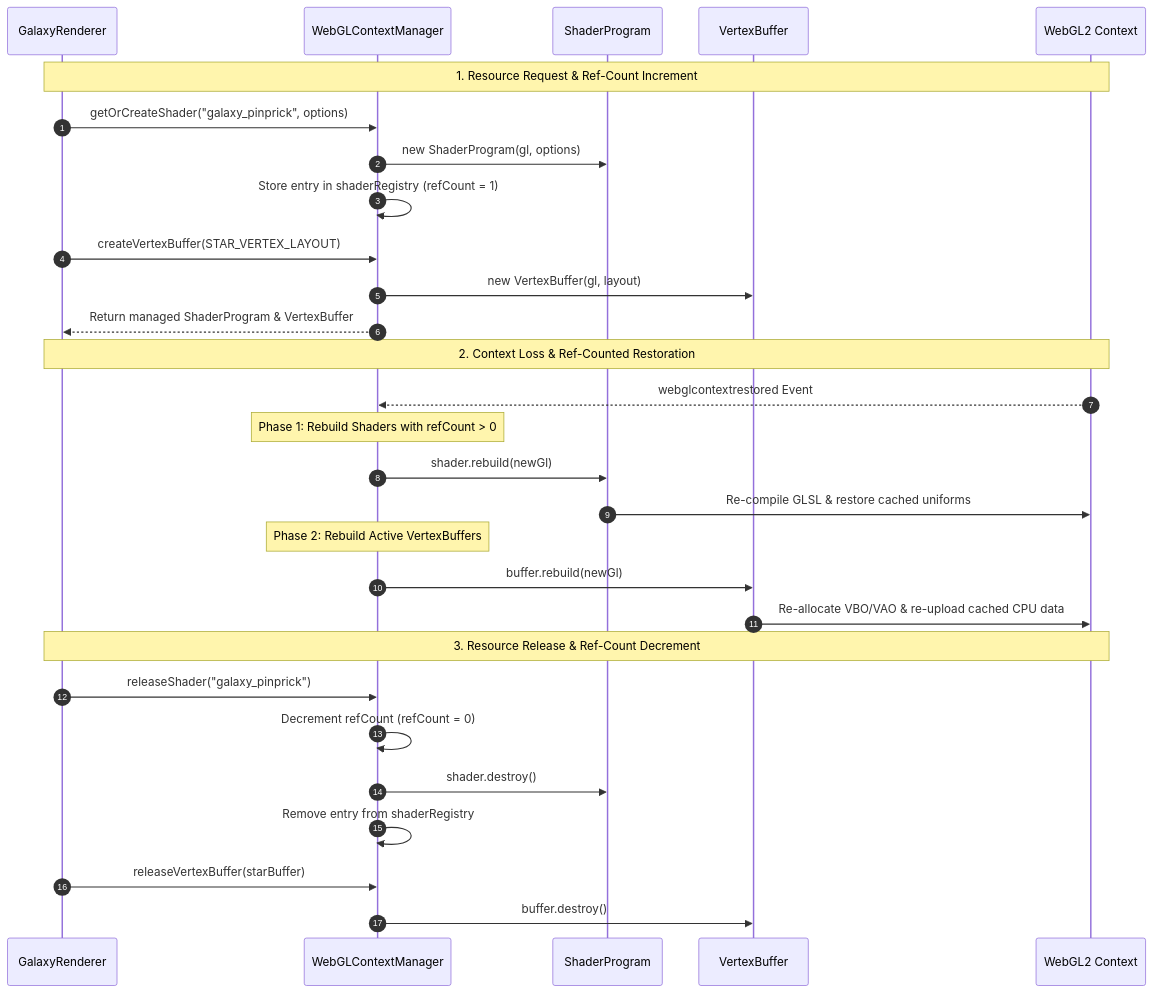
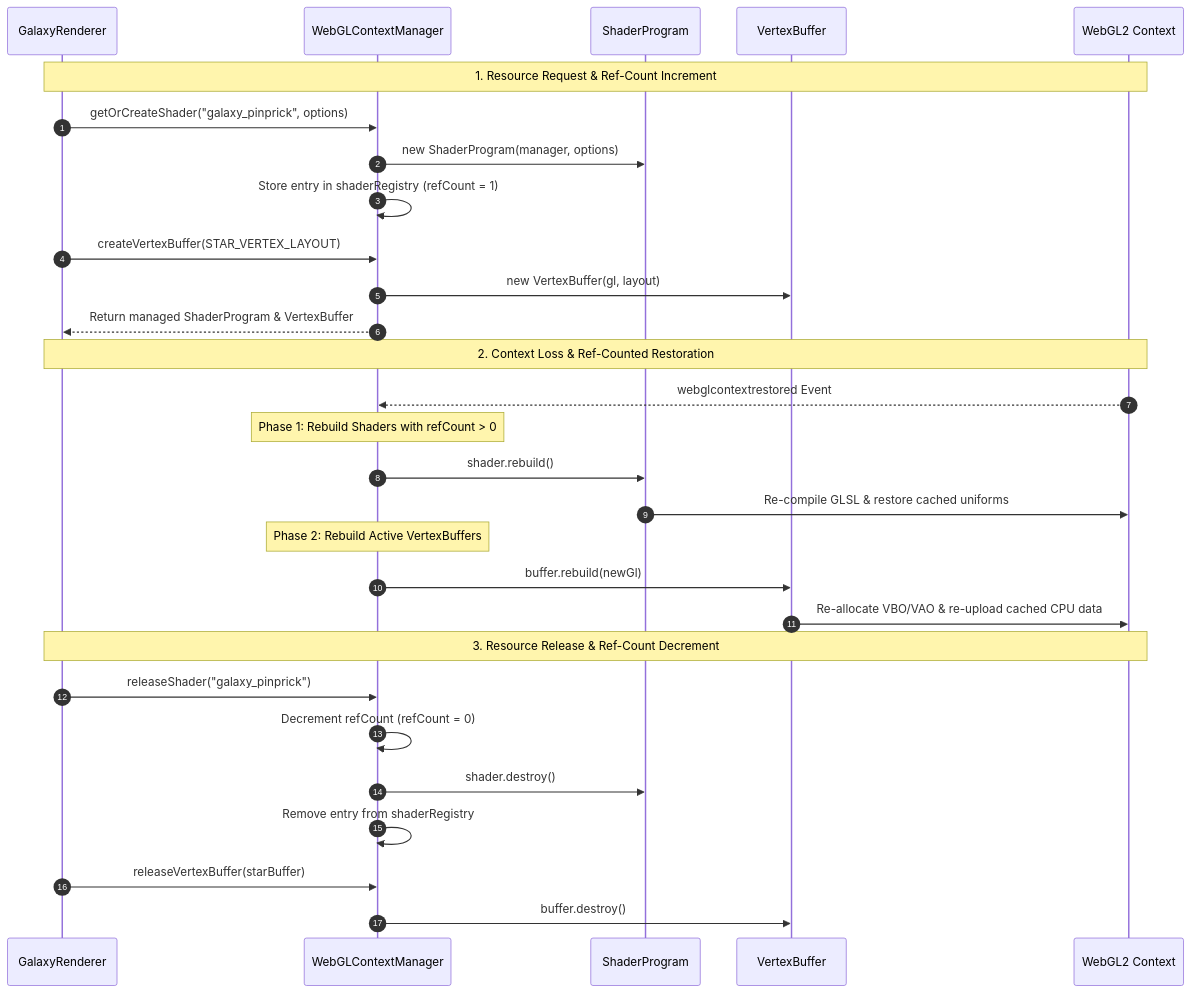
Before and after one commit to ReeseJones/website_reesedrjones: the diagram in src/webgl/shader_program_design.md, drawn with Mermaid. The commit also changed other lines of this file and 7 other files, not shown here.

Commit message:
refactor(webgl): extract IWebGLContextManager interface and decouple ShaderProgram from raw gl

````diff
--- a/src/webgl/shader_program_design.md
+++ b/src/webgl/shader_program_design.md
@@ -35,34 +35,34 @@
 ```mermaid
 sequenceDiagram
     autonumber
     participant Renderer as GalaxyRenderer
     participant Manager as WebGLContextManager
     participant Shader as ShaderProgram
     participant Buffer as VertexBuffer
     participant GPU as WebGL2 Context
 
     Note over Renderer, GPU: 1. Resource Request & Ref-Count Increment
     Renderer->>Manager: getOrCreateShader("galaxy_pinprick", options)
-    Manager->>Shader: new ShaderProgram(gl, options)
+    Manager->>Shader: new ShaderProgram(manager, options)
     Manager->>Manager: Store entry in shaderRegistry (refCount = 1)
     Renderer->>Manager: createVertexBuffer(STAR_VERTEX_LAYOUT)
     Manager->>Buffer: new VertexBuffer(gl, layout)
     Manager-->>Renderer: Return managed ShaderProgram & VertexBuffer
 
     Note over Renderer, GPU: 2. Context Loss & Ref-Counted Restoration
     GPU-->>Manager: webglcontextrestored Event
     Note over Manager: Phase 1: Rebuild Shaders with refCount > 0
-    Manager->>Shader: shader.rebuild(newGl)
+    Manager->>Shader: shader.rebuild()
     Shader->>GPU: Re-compile GLSL & restore cached uniforms
     Note over Manager: Phase 2: Rebuild Active VertexBuffers
     Manager->>Buffer: buffer.rebuild(newGl)
     Buffer->>GPU: Re-allocate VBO/VAO & re-upload cached CPU data
 
     Note over Renderer, GPU: 3. Resource Release & Ref-Count Decrement
     Renderer->>Manager: releaseShader("galaxy_pinprick")
     Manager->>Manager: Decrement refCount (refCount = 0)
     Manager->>Shader: shader.destroy()
     Manager->>Manager: Remove entry from shaderRegistry
     Renderer->>Manager: releaseVertexBuffer(starBuffer)
     Manager->>Buffer: buffer.destroy()
 ```
````
